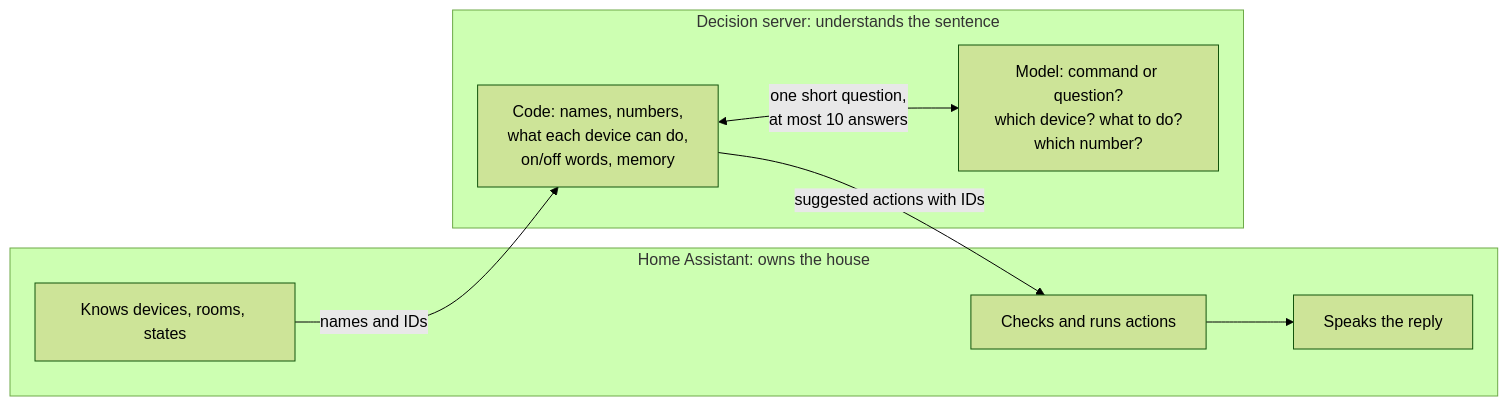
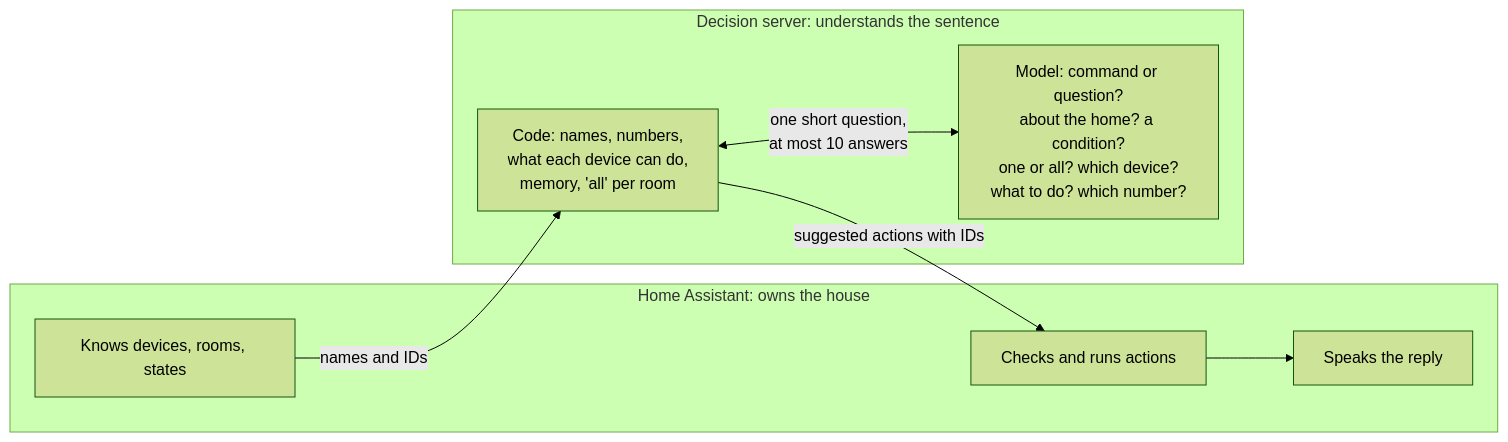
One commit to d00kIe/assist-decider changed the fifth of 5 diagrams in HOW-IT-WORKS.md. Above: the diagram before and after it, drawn with Mermaid (forest theme). The commit also changed other lines of this file and 12 other files, not shown here.

````diff
--- a/HOW-IT-WORKS.md
+++ b/HOW-IT-WORKS.md
@@ -383,16 +397,16 @@
 ```mermaid
 flowchart LR
     subgraph HA["Home Assistant: owns the house"]
         H1["Knows devices, rooms, states"]
         H2["Checks and runs actions"]
         H3["Speaks the reply"]
     end
     subgraph SRV["Decision server: understands the sentence"]
-        S1["Code: names, numbers,<br/>what each device can do,<br/>on/off words, memory"]
-        S2["Model: command or question?<br/>which device? what to do?<br/>which number?"]
+        S1["Code: names, numbers,<br/>what each device can do,<br/>memory, 'all' per room"]
+        S2["Model: command or question?<br/>about the home? a condition?<br/>one or all? which device?<br/>what to do? which number?"]
     end
     H1 -- "names and IDs" --> S1
     S1 <-->|"one short question,<br/>at most 10 answers"| S2
     S1 -- "suggested actions with IDs" --> H2
     H2 --> H3
 ```
````
